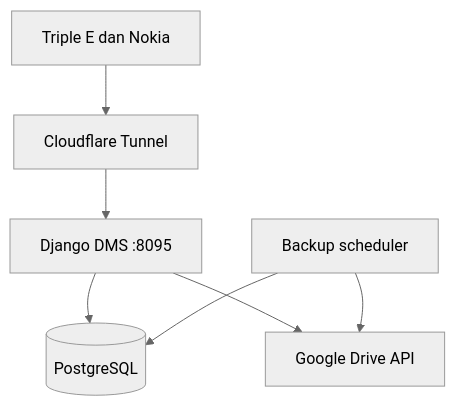
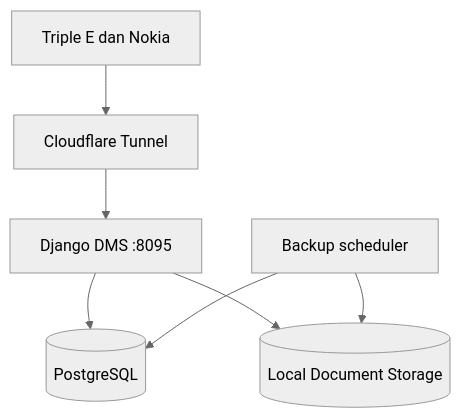
Before and after one commit to Edwinmohamad/triplee-dwdm-dms: the first of 4 diagrams in ARCHITECTURE.md, drawn with Mermaid (neutral theme). The commit also changed other lines of this file and 38 other files, not shown here.

Commit message:
Use local server storage and improve site register

````diff
--- a/ARCHITECTURE.md
+++ b/ARCHITECTURE.md
@@ -5,9 +5,9 @@
 ```mermaid
 flowchart TD
     U[Triple E dan Nokia] --> C[Cloudflare Tunnel]
     C --> W[Django DMS :8095]
     W --> P[(PostgreSQL)]
-    W --> G[Google Drive API]
+    W --> D[(Local Document Storage)]
     B[Backup scheduler] --> P
-    B --> G
+    B --> D
 ```
````
